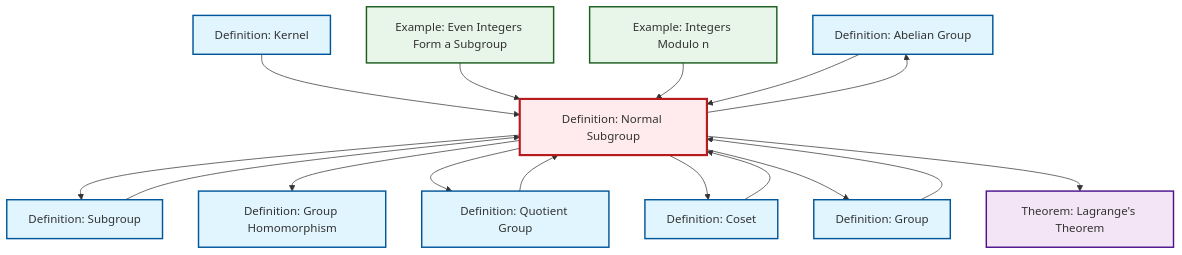
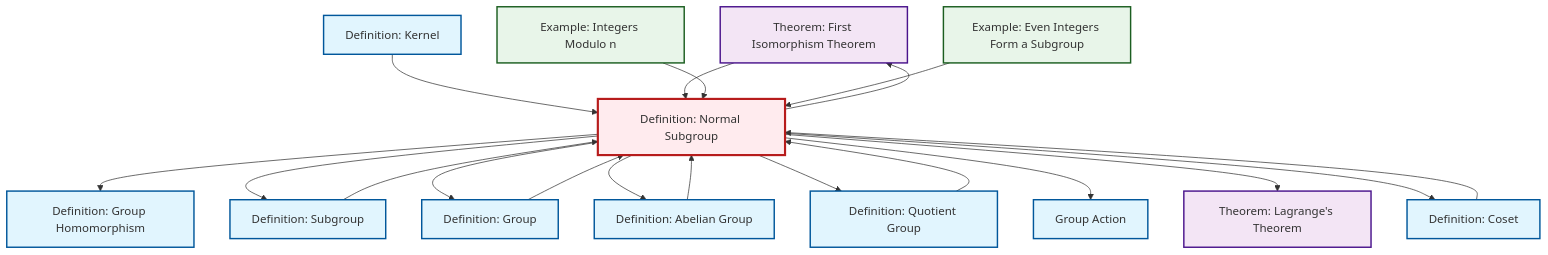
One commit to RK0429/ModernMath changed the diagram in content/en/algebra/def-normal-subgroup.qmd. Above: the diagram before and after it, drawn with Mermaid. The commit also changed 615 other files, not shown here.

````diff
--- a/content/en/algebra/def-normal-subgroup.qmd
+++ b/content/en/algebra/def-normal-subgroup.qmd
@@ -90,46 +90,53 @@
 ```{mermaid}
 %%| fig-cap: "Local dependency graph"
 graph TD
     classDef definition fill:#e1f5fe,stroke:#01579b,stroke-width:2px
     classDef theorem fill:#f3e5f5,stroke:#4a148c,stroke-width:2px
     classDef axiom fill:#fff3e0,stroke:#e65100,stroke-width:2px
     classDef example fill:#e8f5e9,stroke:#1b5e20,stroke-width:2px
     classDef current fill:#ffebee,stroke:#b71c1c,stroke-width:3px
-    def-abelian-group["Definition: Abelian Group"]:::definition
-    def-quotient-group["Definition: Quotient Group"]:::definition
-    ex-quotient-integers-mod-n["Example: Integers Modulo n"]:::example
-    thm-lagrange["Theorem: Lagrange's Theorem"]:::theorem
+    thm-first-isomorphism["Theorem: First Isomorphism Theorem"]:::theorem
+    def-group-action["Group Action"]:::definition
+    def-homomorphism["Definition: Group Homomorphism"]:::definition
     def-kernel["Definition: Kernel"]:::definition
-    def-coset["Definition: Coset"]:::definition
-    def-homomorphism["Definition: Group Homomorphism"]:::definition
-    def-normal-subgroup["Definition: Normal Subgroup"]:::definition
-    ex-even-integers-subgroup["Example: Even Integers Form a Subgroup"]:::example
     def-group["Definition: Group"]:::definition
     def-subgroup["Definition: Subgroup"]:::definition
+    thm-lagrange["Theorem: Lagrange's Theorem"]:::theorem
+    def-abelian-group["Definition: Abelian Group"]:::definition
+    ex-even-integers-subgroup["Example: Even Integers Form a Subgroup"]:::example
+    ex-quotient-integers-mod-n["Example: Integers Modulo n"]:::example
+    def-coset["Definition: Coset"]:::definition
+    def-normal-subgroup["Definition: Normal Subgroup"]:::definition
+    def-quotient-group["Definition: Quotient Group"]:::definition
+    def-normal-subgroup --> def-homomorphism
+    def-subgroup --> def-normal-subgroup
+    def-quotient-group --> def-normal-subgroup
+    def-normal-subgroup --> thm-first-isomorphism
     def-kernel --> def-normal-subgroup
+    def-normal-subgroup --> def-subgroup
+    def-abelian-group --> def-normal-subgroup
+    def-normal-subgroup --> def-group
+    def-normal-subgroup --> def-abelian-group
+    thm-first-isomorphism --> def-normal-subgroup
+    def-normal-subgroup --> def-quotient-group
+    def-normal-subgroup --> def-group-action
+    def-normal-subgroup --> thm-lagrange
+    ex-quotient-integers-mod-n --> def-normal-subgroup
     ex-even-integers-subgroup --> def-normal-subgroup
-    def-normal-subgroup --> def-subgroup
-    def-normal-subgroup --> def-abelian-group
-    def-normal-subgroup --> def-homomorphism
-    def-normal-subgroup --> def-quotient-group
-    def-quotient-group --> def-normal-subgroup
+    def-coset --> def-normal-subgroup
+    def-normal-subgroup --> def-coset
     def-group --> def-normal-subgroup
-    ex-quotient-integers-mod-n --> def-normal-subgroup
-    def-abelian-group --> def-normal-subgroup
-    def-normal-subgroup --> def-coset
-    def-subgroup --> def-normal-subgroup
-    def-normal-subgroup --> def-group
-    def-normal-subgroup --> thm-lagrange
-    def-coset --> def-normal-subgroup
     class def-normal-subgroup current
-    click def-abelian-group "def-abelian-group.html" "Go to Abelian Group definition"
-    click def-quotient-group "def-quotient-group.html" "Go to Quotient Group definition"
-    click ex-quotient-integers-mod-n "ex-quotient-integers-mod-n.html" "Go to Integers Modulo n example"
-    click thm-lagrange "thm-lagrange.html" "Go to Lagrange's Theorem theorem"
+    click thm-first-isomorphism "thm-first-isomorphism.html" "Go to First Isomorphism Theorem theorem"
+    click def-group-action "def-group-action.html" "Go to Group Action"
+    click def-homomorphism "def-homomorphism.html" "Go to Group Homomorphism definition"
     click def-kernel "def-kernel.html" "Go to Kernel definition"
-    click def-coset "def-coset.html" "Go to Coset definition"
-    click def-homomorphism "def-homomorphism.html" "Go to Group Homomorphism definition"
-    click ex-even-integers-subgroup "ex-even-integers-subgroup.html" "Go to Even Integers Form a Subgroup example"
     click def-group "def-group.html" "Go to Group definition"
     click def-subgroup "def-subgroup.html" "Go to Subgroup definition"
+    click thm-lagrange "thm-lagrange.html" "Go to Lagrange's Theorem theorem"
+    click def-abelian-group "def-abelian-group.html" "Go to Abelian Group definition"
+    click ex-even-integers-subgroup "ex-even-integers-subgroup.html" "Go to Even Integers Form a Subgroup example"
+    click ex-quotient-integers-mod-n "ex-quotient-integers-mod-n.html" "Go to Integers Modulo n example"
+    click def-coset "def-coset.html" "Go to Coset definition"
+    click def-quotient-group "def-quotient-group.html" "Go to Quotient Group definition"
 ```
````
